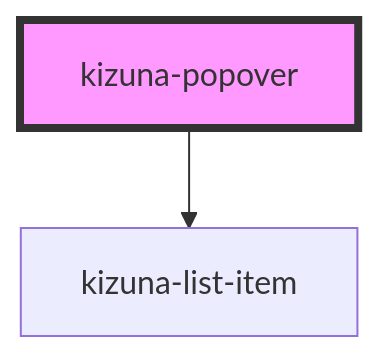
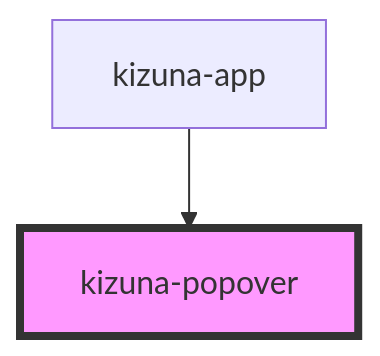
The diagram in kizuna-design-kit/src/components/kizuna-popover/readme.md (hc-institute-japan/kizunakit), drawn with Mermaid before and after one commit. The commit also changed other lines of this file and 16 other files, not shown here.

````diff
--- a/kizuna-design-kit/src/components/kizuna-popover/readme.md
+++ b/kizuna-design-kit/src/components/kizuna-popover/readme.md
@@ -23,5 +24,5 @@
 ```mermaid
 graph TD;
-  kizuna-popover --> kizuna-list-item
+  kizuna-app --> kizuna-popover
   style kizuna-popover fill:#f9f,stroke:#333,stroke-width:4px
 ```
````
